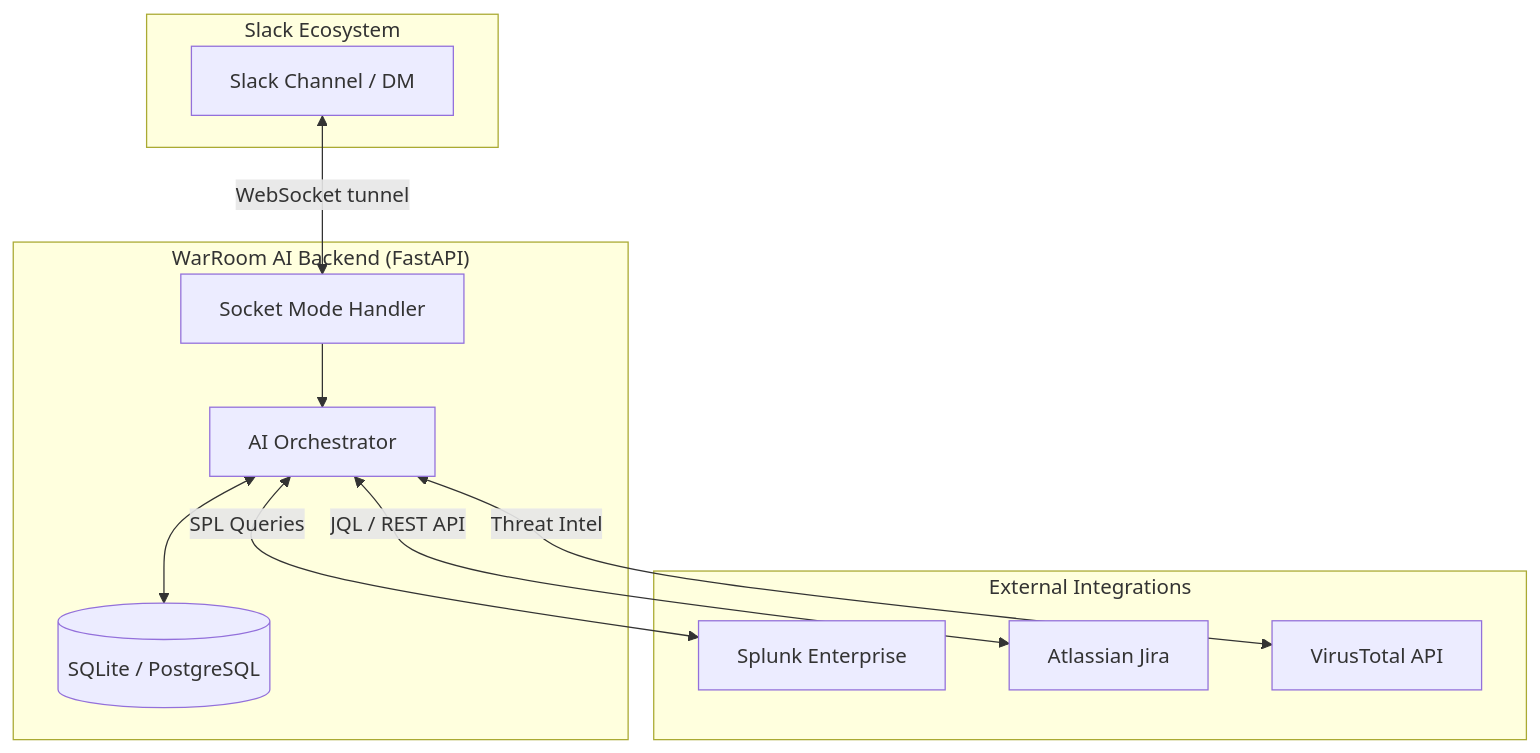
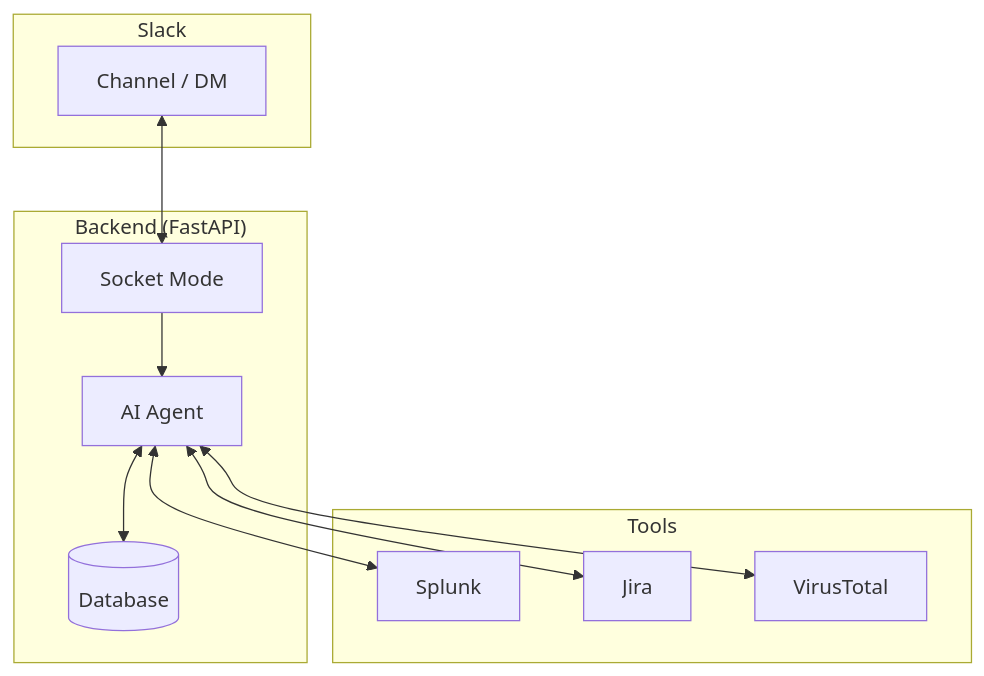
The diagram in README.md (sttor/warroom-splunk), drawn with Mermaid before and after one commit. The commit also changed other lines of this file, not shown here.

````diff
--- a/README.md
+++ b/README.md
@@ -35,25 +33,25 @@
 ```mermaid
 graph TD
-    subgraph "Slack Ecosystem"
-        S[Slack Channel / DM]
+    subgraph "Slack"
+        S[Channel / DM]
     end
 
-    subgraph "WarRoom AI Backend (FastAPI)"
-        B[Socket Mode Handler]
-        O[AI Orchestrator]
-        DB[(SQLite / PostgreSQL)]
+    subgraph "Backend (FastAPI)"
+        B[Socket Mode]
+        O[AI Agent]
+        DB[(Database)]
     end
 
-    subgraph "External Integrations"
-        SP[Splunk Enterprise]
-        J[Atlassian Jira]
-        VT[VirusTotal API]
+    subgraph "Tools"
+        SP[Splunk]
+        J[Jira]
+        VT[VirusTotal]
     end
 
-    S <-->|WebSocket tunnel| B
+    S <--> B
     B --> O
     O <--> DB
-    O <-->|SPL Queries| SP
-    O <-->|JQL / REST API| J
-    O <-->|Threat Intel| VT
+    O <--> SP
+    O <--> J
+    O <--> VT
 ```
````
